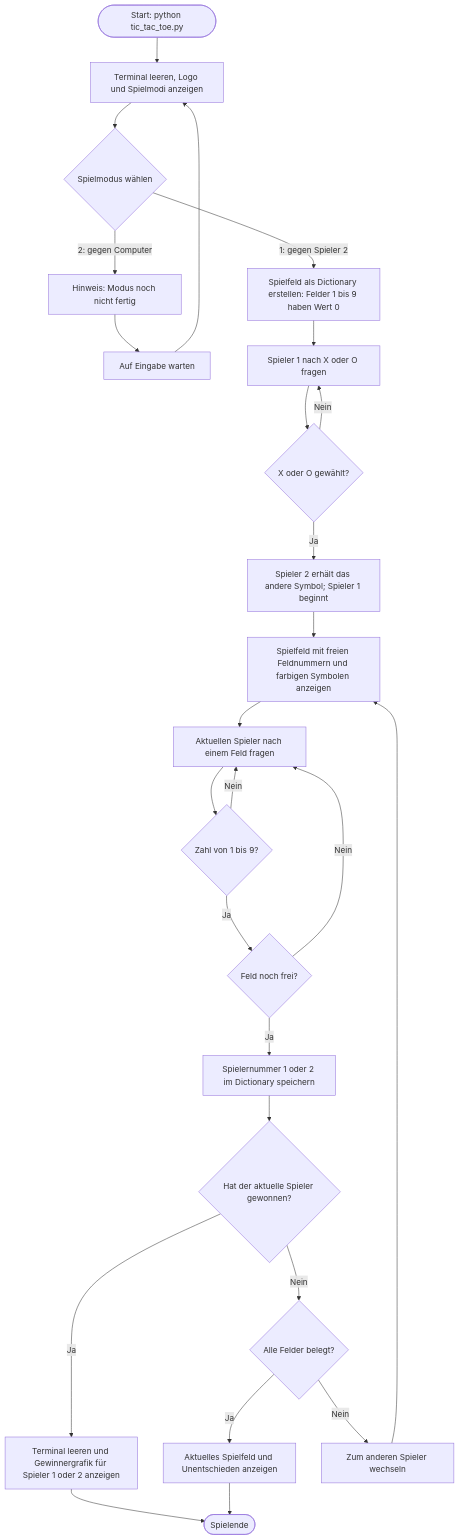
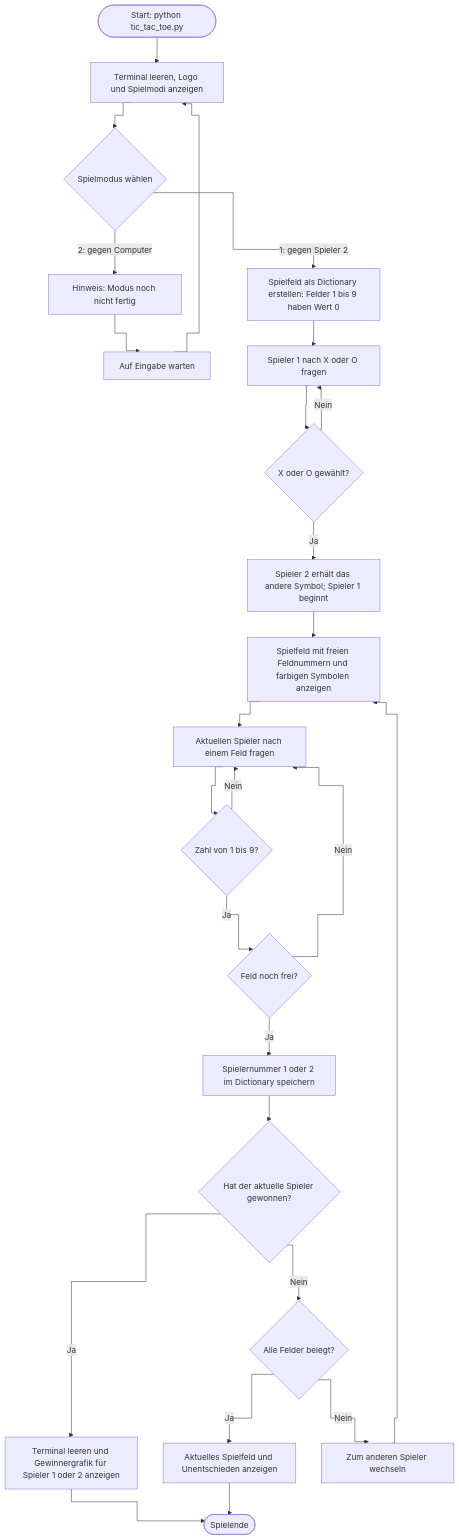
The diagram in game_flowchart.md (devManderson/nf-ds-coding-tic-tac-toe), drawn with Mermaid before and after one commit.

Commit message:
Updated Flow Chart

````diff
--- a/game_flowchart.md
+++ b/game_flowchart.md
@@ -3,31 +3,32 @@
 ```mermaid
+%%{init: {"flowchart": {"curve": "step"}}}%%
 flowchart TD
     Start(["Start: python tic_tac_toe.py"]) --> Menu["Terminal leeren, Logo und Spielmodi anzeigen"]
     Menu --> Mode{"Spielmodus wählen"}
     Mode -- "2: gegen Computer" --> Placeholder["Hinweis: Modus noch nicht fertig"]
     Placeholder --> Enter["Auf Eingabe warten"]
     Enter --> Menu
 
     Mode -- "1: gegen Spieler 2" --> Init["Spielfeld als Dictionary erstellen: Felder 1 bis 9 haben Wert 0"]
     Init --> Symbol["Spieler 1 nach X oder O fragen"]
     Symbol --> ValidSymbol{"X oder O gewählt?"}
     ValidSymbol -- Nein --> Symbol
     ValidSymbol -- Ja --> Setup["Spieler 2 erhält das andere Symbol; Spieler 1 beginnt"]
     Setup --> Board["Spielfeld mit freien Feldnummern und farbigen Symbolen anzeigen"]
 
     Board --> Field["Aktuellen Spieler nach einem Feld fragen"]
     Field --> ValidField{"Zahl von 1 bis 9?"}
     ValidField -- Nein --> Field
     ValidField -- Ja --> FreeField{"Feld noch frei?"}
     FreeField -- Nein --> Field
     FreeField -- Ja --> SetField["Spielernummer 1 oder 2 im Dictionary speichern"]
 
     SetField --> Won{"Hat der aktuelle Spieler gewonnen?"}
     Won -- Ja --> WinScreen["Terminal leeren und Gewinnergrafik für Spieler 1 oder 2 anzeigen"]
     WinScreen --> End([Spielende])
     Won -- Nein --> Full{"Alle Felder belegt?"}
     Full -- Ja --> Draw["Aktuelles Spielfeld und Unentschieden anzeigen"]
     Draw --> End
     Full -- Nein --> Next["Zum anderen Spieler wechseln"]
     Next --> Board
 ```
````
